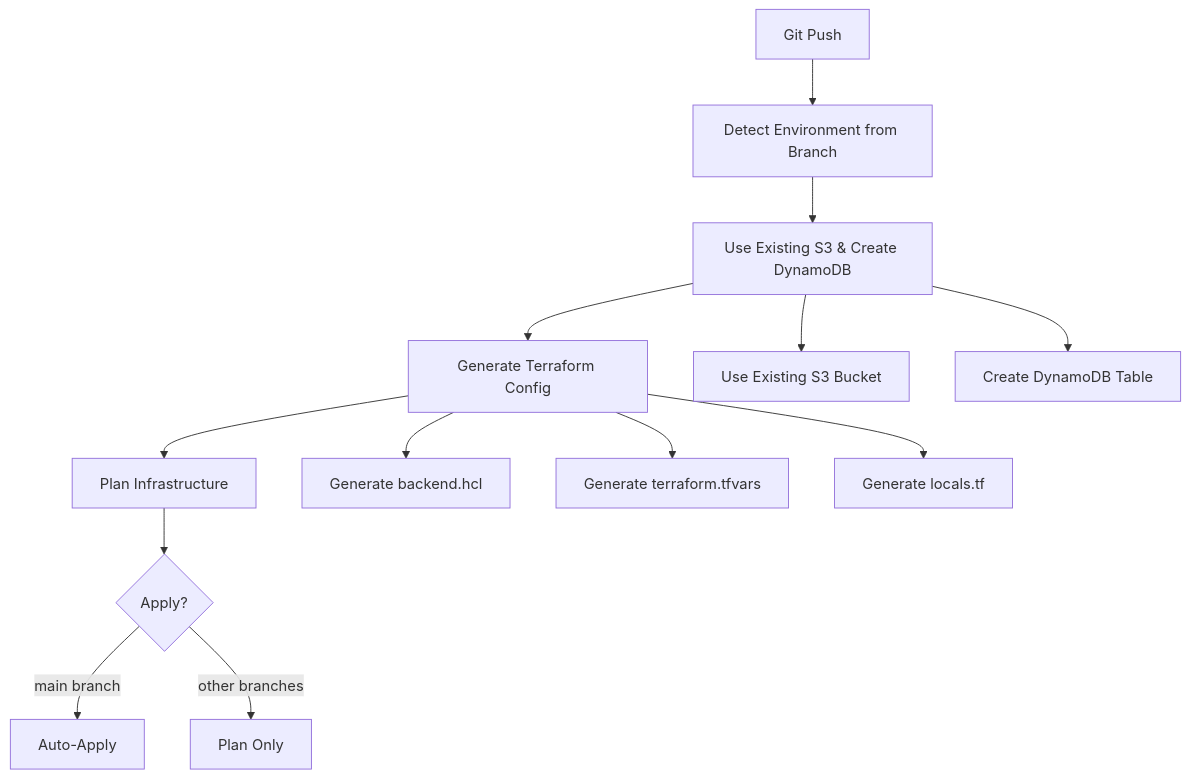
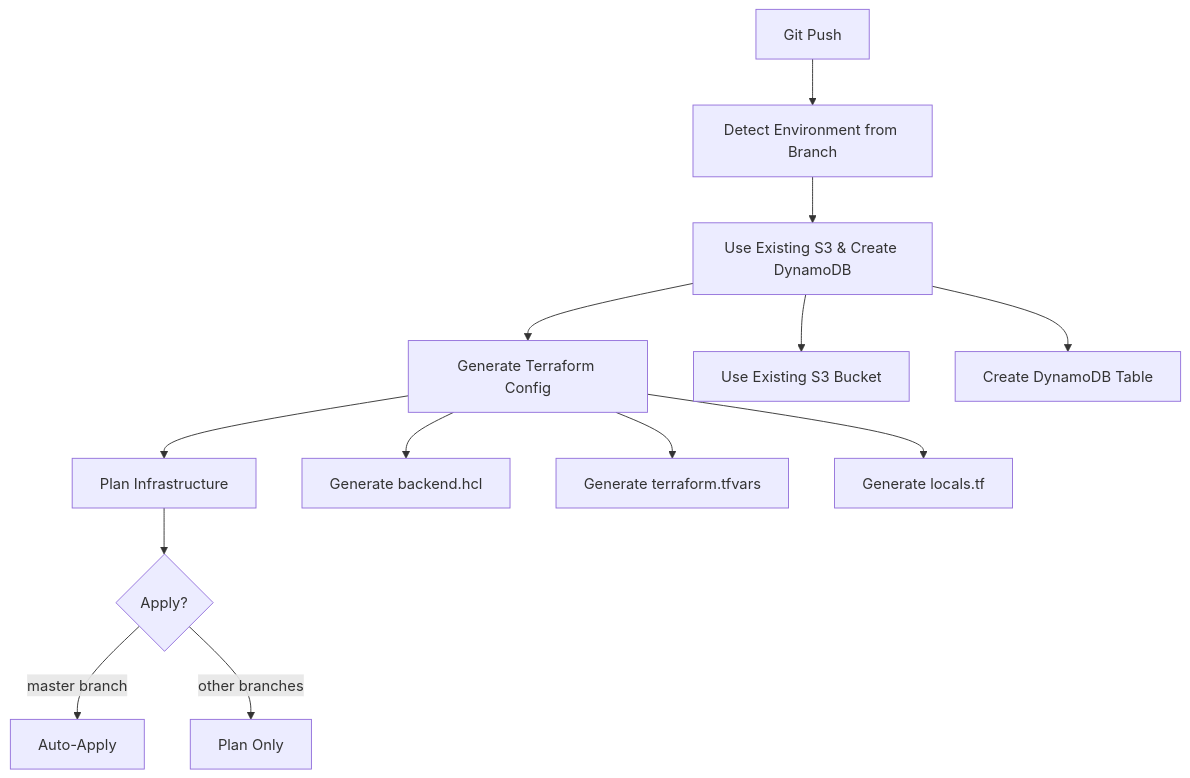
The diagram in README-terraform.md (shubhamcommits/octonius-platform), drawn with Mermaid before and after one commit. The commit also changed other lines of this file and 4 other files, not shown here.

Commit message:
🔄 Update branch names: develop→development, main→master - Updated all workflows to use master and development branches - Updated documentation to reflect correct branch naming - Fixed case statements and workflow triggers - Updated examples and diagrams throughout

````diff
--- a/README-terraform.md
+++ b/README-terraform.md
@@ -92,17 +92,17 @@
 ```mermaid
 graph TB
     A[Git Push] --> B[Detect Environment from Branch]
     B --> C[Use Existing S3 & Create DynamoDB]
     C --> D[Generate Terraform Config]
     D --> E[Plan Infrastructure]
     E --> F{Apply?}
-    F -->|main branch| G[Auto-Apply]
+    F -->|master branch| G[Auto-Apply]
     F -->|other branches| H[Plan Only]
     
     C --> C1[Use Existing S3 Bucket]
     C --> C2[Create DynamoDB Table]
     
     D --> D1[Generate backend.hcl]
     D --> D2[Generate terraform.tfvars]
     D --> D3[Generate locals.tf]
 ```
````
